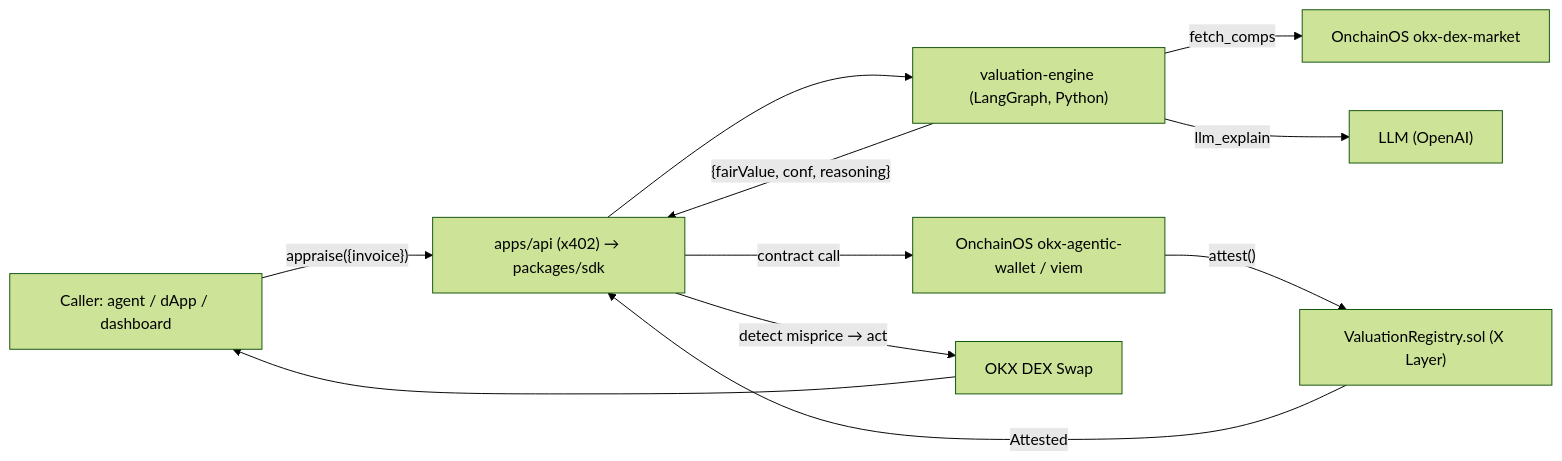
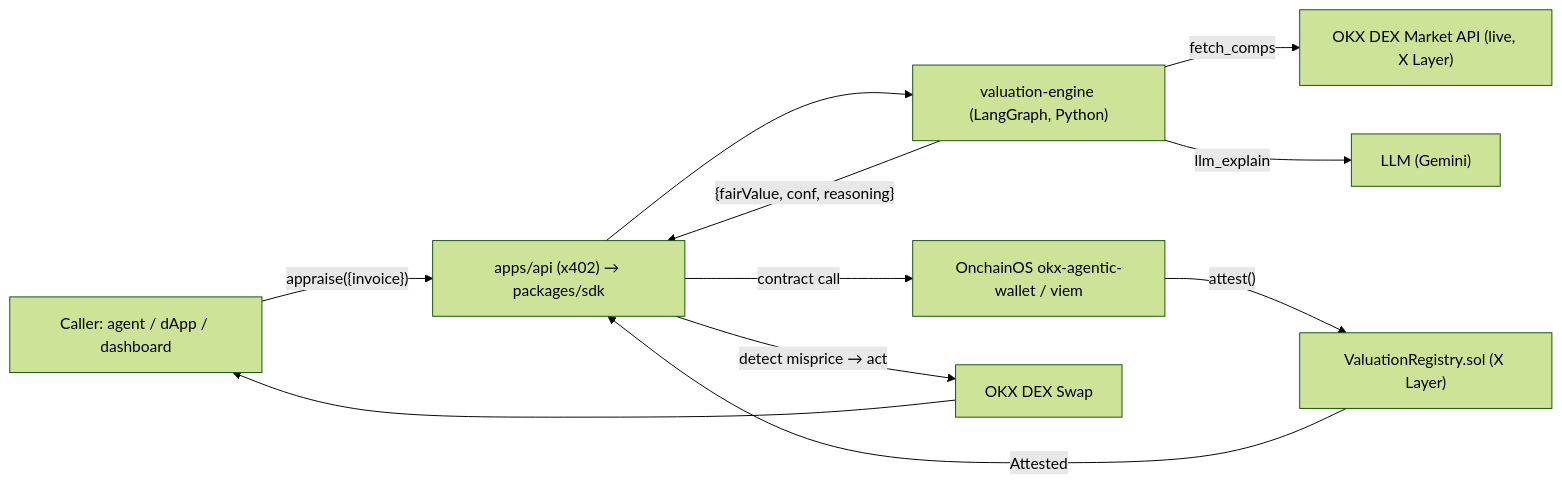
The diagram in README.md (A-Raphie/pricewise), drawn with Mermaid (forest theme) before and after one commit. The commit also changed other lines of this file and 1 other file, not shown here.

Commit message:
docs: submission refresh — live OKX DEX comps, live app link, current test counts

````diff
--- a/README.md
+++ b/README.md
@@ -17,13 +20,13 @@
 ```mermaid
 flowchart LR
   U["Caller: agent / dApp / dashboard"] -->|"appraise({invoice})"| API["apps/api (x402) → packages/sdk"]
   API --> ENG["valuation-engine (LangGraph, Python)"]
-  ENG -->|"fetch_comps"| MKT["OnchainOS okx-dex-market"]
-  ENG -->|"llm_explain"| LLM["LLM (OpenAI)"]
+  ENG -->|"fetch_comps"| MKT["OKX DEX Market API (live, X Layer)"]
+  ENG -->|"llm_explain"| LLM["LLM (Gemini)"]
   ENG -->|"{fairValue, conf, reasoning}"| API
   API -->|"contract call"| WAL["OnchainOS okx-agentic-wallet / viem"]
   WAL -->|"attest()"| REG["ValuationRegistry.sol (X Layer)"]
   REG -->|"Attested"| API
   API -->|"detect misprice → act"| DEX["OKX DEX Swap"]
   DEX --> U
 ```
````
